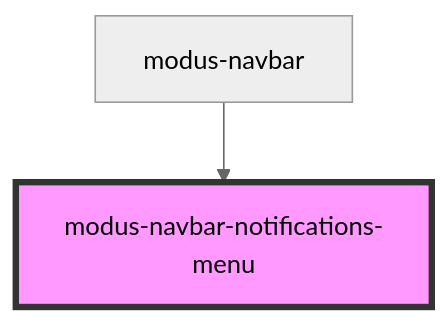
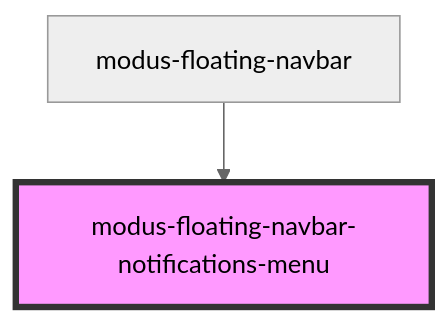
The diagram in stencil-workspace/src/components/modus-floating-navbar/notifications-menu/readme.md (trimble-oss/modus-web-components), drawn with Mermaid (neutral theme) before and after one commit. The commit also changed other lines of this file and 48 other files, not shown here.

Commit message:
Modified floating navbar component

````diff
--- a/stencil-workspace/src/components/modus-floating-navbar/notifications-menu/readme.md
+++ b/stencil-workspace/src/components/modus-floating-navbar/notifications-menu/readme.md
@@ -22,5 +22,5 @@
 ```mermaid
 graph TD;
-  modus-navbar --> modus-navbar-notifications-menu
-  style modus-navbar-notifications-menu fill:#f9f,stroke:#333,stroke-width:4px
+  modus-floating-navbar --> modus-floating-navbar-notifications-menu
+  style modus-floating-navbar-notifications-menu fill:#f9f,stroke:#333,stroke-width:4px
 ```
````
